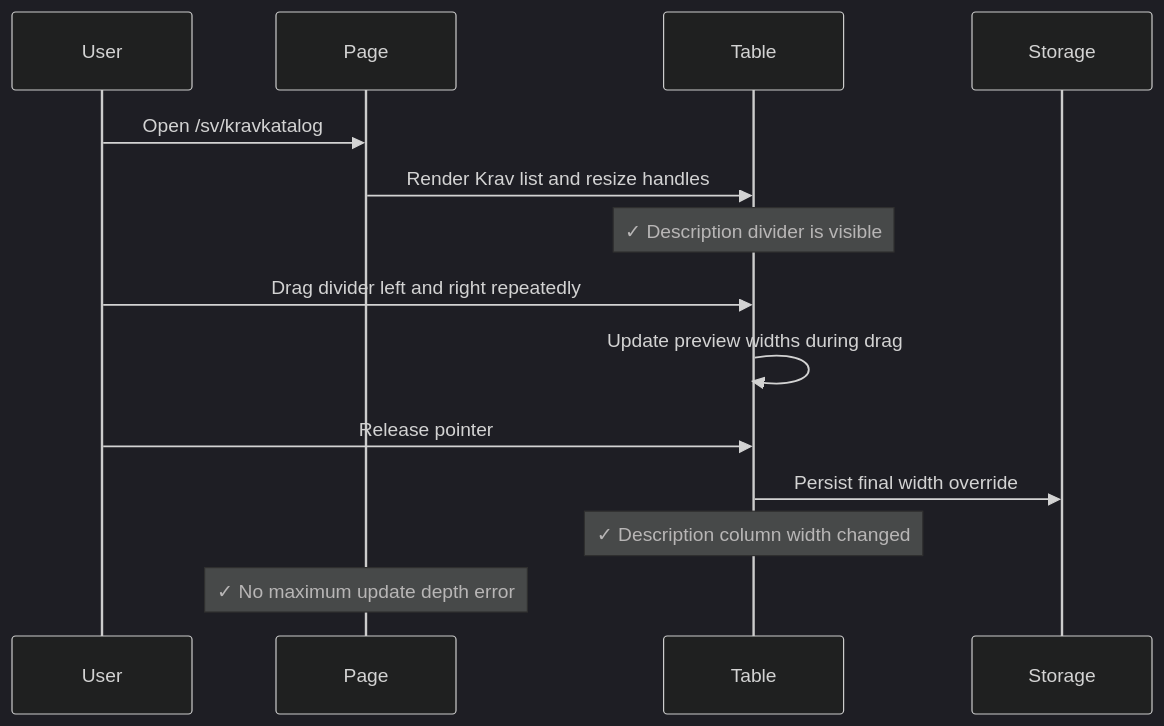
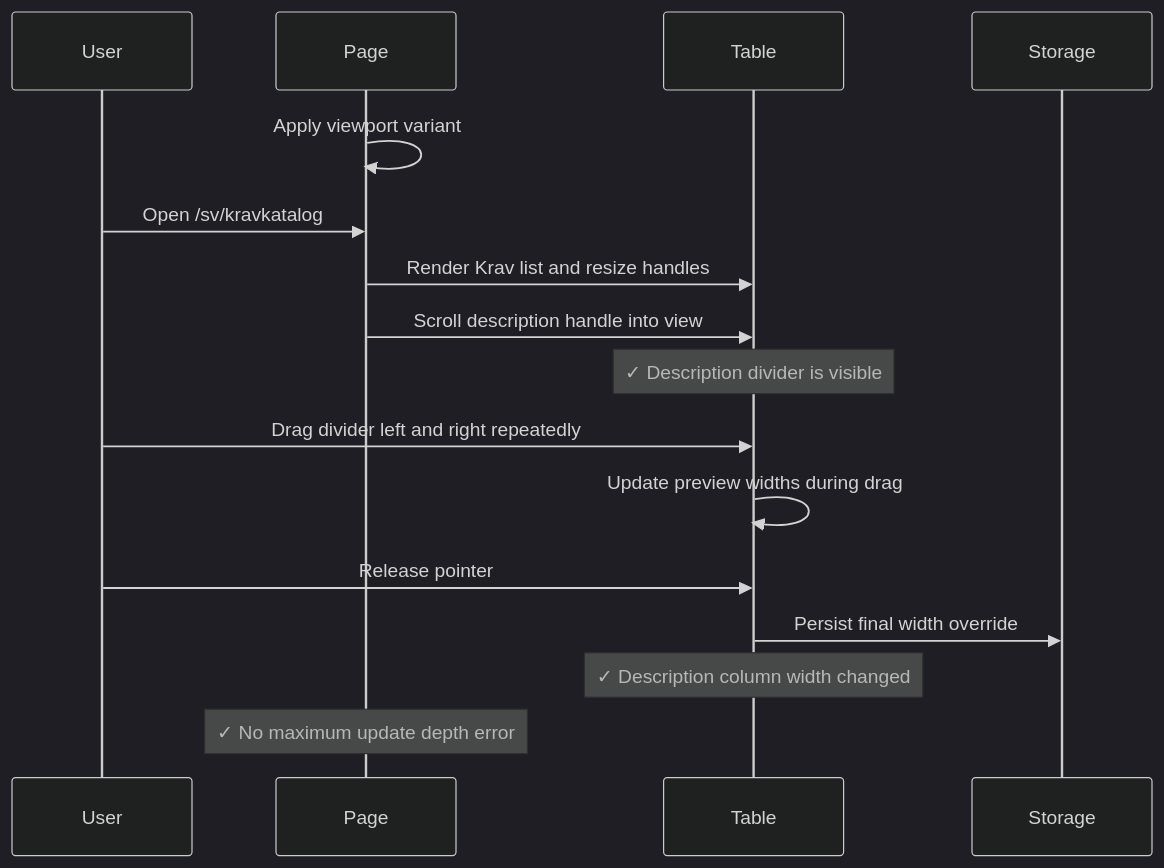
The second of 2 diagrams in tests/integration/requirements-table-resize.md (viscalyx/Kravhantering), drawn with Mermaid (dark theme) before and after one commit. The commit also changed other lines of this file and 1 other file, not shown here.

````diff
--- a/tests/integration/requirements-table-resize.md
+++ b/tests/integration/requirements-table-resize.md
@@ -75,17 +87,19 @@
 ```mermaid
 sequenceDiagram
     participant U as User
     participant P as Page
     participant T as Table
     participant S as Storage
 
+    P->>P: Apply viewport variant
     U->>P: Open /sv/kravkatalog
     P->>T: Render Krav list and resize handles
+    P->>T: Scroll description handle into view
     Note over T: ✓ Description divider is visible
     U->>T: Drag divider left and right repeatedly
     T->>T: Update preview widths during drag
     U->>T: Release pointer
     T->>S: Persist final width override
     Note over T: ✓ Description column width changed
     Note over P: ✓ No maximum update depth error
 ```
````
